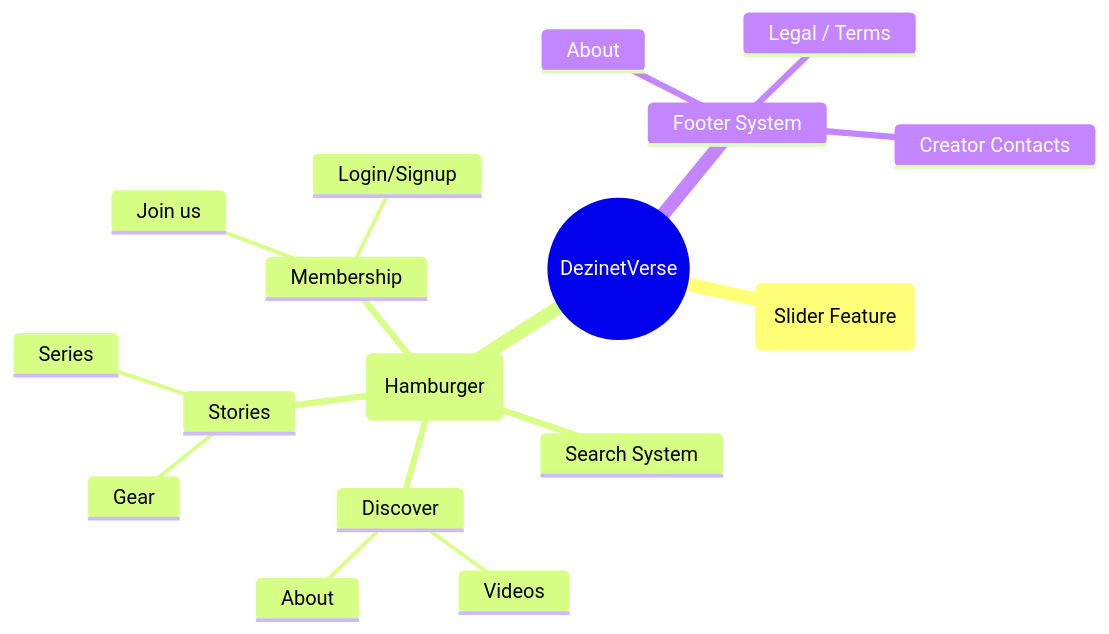
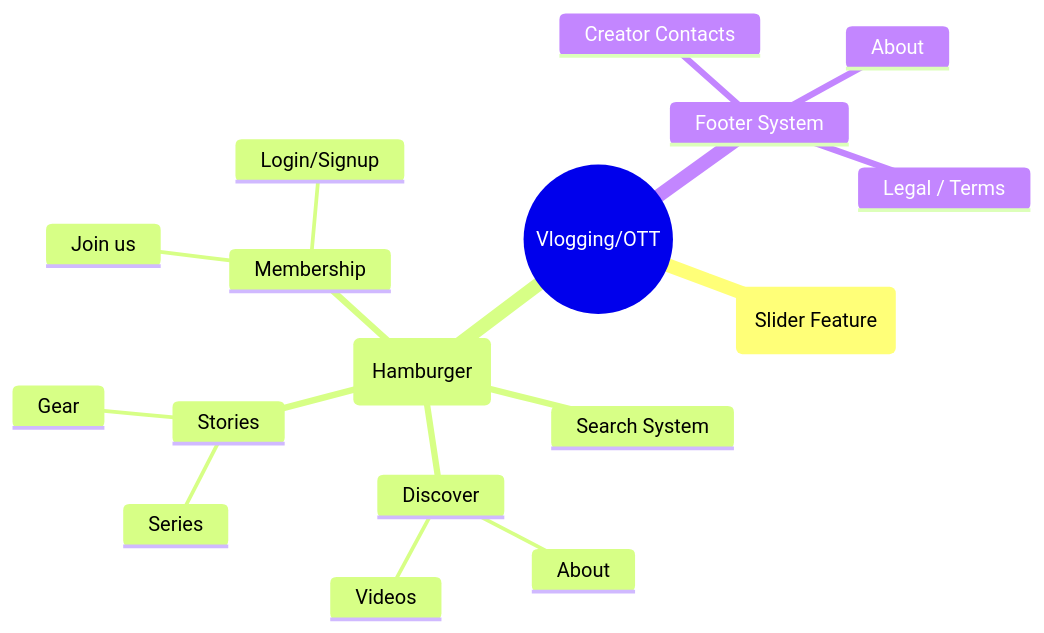
The third of 4 diagrams in doc/ARCHITECTURE.md (Dezinet/vlogging-ott-template), drawn with Mermaid before and after one commit. The commit also changed other lines of this file and 37 other files, not shown here.

Commit message:
🚀 Complete branding update: Vlogging/OTT transformation

````diff
--- a/doc/ARCHITECTURE.md
+++ b/doc/ARCHITECTURE.md
@@ -77,21 +77,21 @@
 ```mermaid
 mindmap
-  root((DezinetVerse))
+  root((Vlogging/OTT))
     Hero (Slider Feature)
     Discovery Dashboard (Hamburger)
       ::icon(fa fa-search)
       Search System
       Discover
         Videos
         About
       Stories
         Series
         Gear
       Membership
         Join us
         Login/Signup
     Footer System
       About
       Legal / Terms
       Creator Contacts
 ```
````
